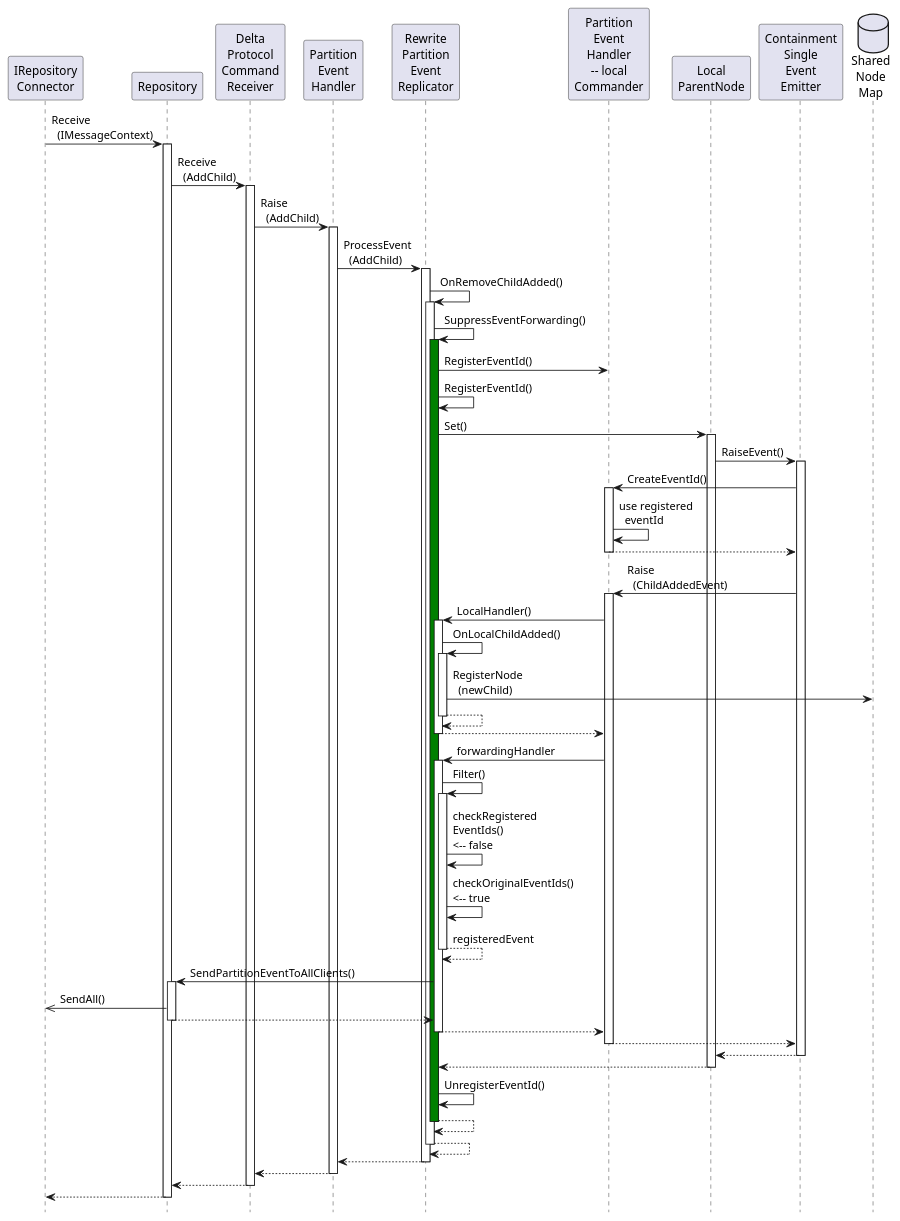
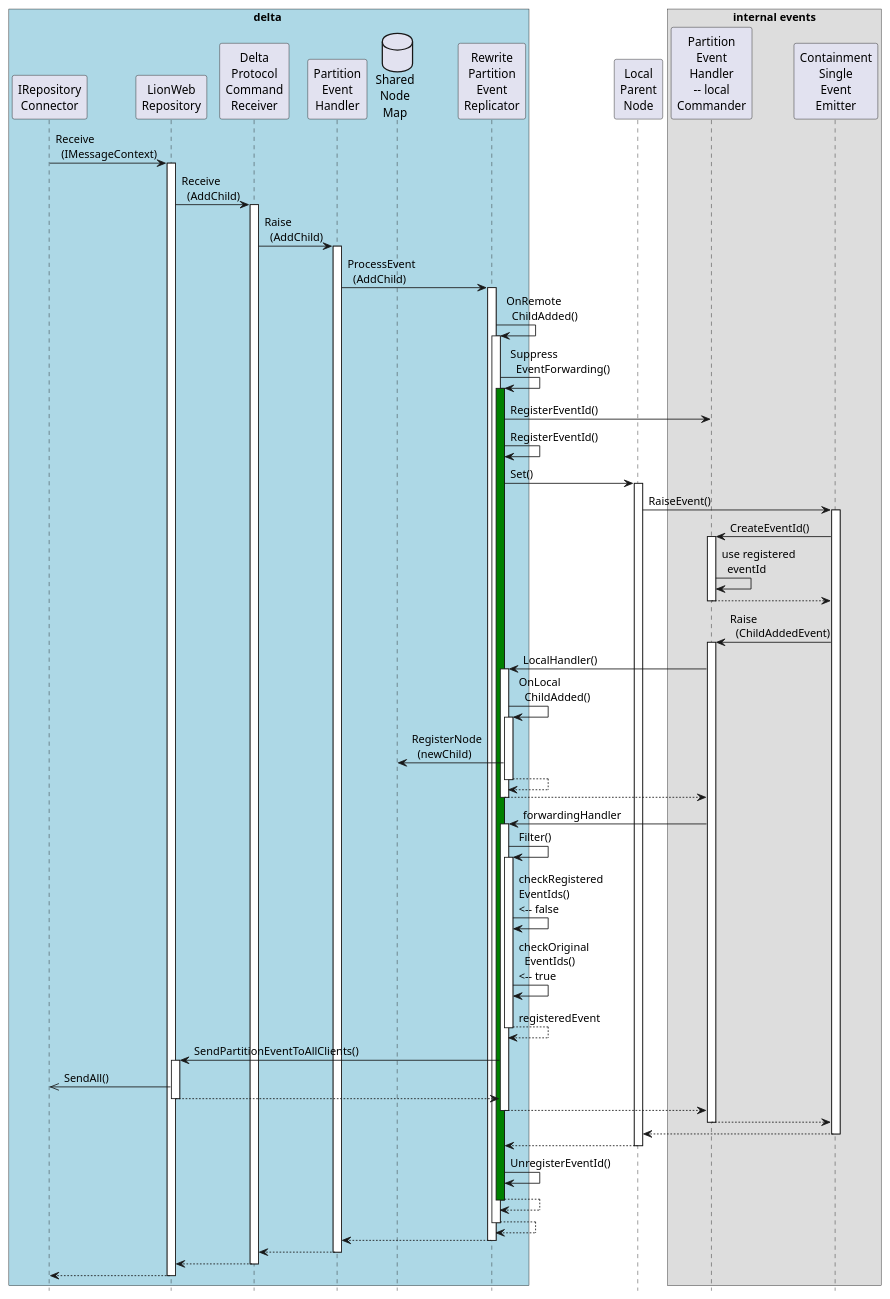
One commit to LionWeb-io/lionweb-csharp changed the diagram in docs/repository-receive-command.puml. Above: the diagram before and after it, drawn with PlantUML. The commit also changed 2 other files, not shown here.

```diff
--- a/docs/repository-receive-command.puml
+++ b/docs/repository-receive-command.puml
@@ -1,55 +1,61 @@
 @startuml
 hide footbox
 
-participant "IRepository\nConnector" as connector
-participant "Repository" as repo
-participant "Delta\nProtocol\nCommand\nReceiver" as receiver
-participant "Partition\nEvent\nHandler" as partitionEventHandler
-participant "Rewrite\nPartition\nEvent\nReplicator" as replicator
-participant "Partition\nEvent\nHandler\n-- local\nCommander" as localCommander
-participant "Local\nParentNode" as localParent
-participant "Containment\nSingle\nEvent\nEmitter" as emitter
-database "Shared\nNode\nMap" as sharedNodeMap
+box delta #lightblue
+    participant "IRepository\nConnector" as connector
+    participant "LionWeb\nRepository" as repo
+    participant "Delta\nProtocol\nCommand\nReceiver" as receiver
+    participant "Partition\nEvent\nHandler" as partitionEventHandler
+    database "Shared\nNode\nMap" as sharedNodeMap
+    participant "Rewrite\nPartition\nEvent\nReplicator" as replicator
+end box
+
+participant "Local\nParent\nNode" as localParent
+
+box internal events
+    participant "Partition\nEvent\nHandler\n-- local\nCommander" as localCommander
+    participant "Containment\nSingle\nEvent\nEmitter" as emitter
+end box
 
 connector -> repo ++: Receive\n  (IMessageContext)
     repo -> receiver ++: Receive\n  (AddChild)
         receiver -> partitionEventHandler ++: Raise\n  (AddChild)
             partitionEventHandler -> replicator ++: ProcessEvent\n  (AddChild)
-                replicator -> replicator ++: OnRemoveChildAdded()
-                    replicator -> replicator ++  #green: SuppressEventForwarding()
+                replicator -> replicator ++: OnRemote\n  ChildAdded()
+                    replicator -> replicator ++ #green: Suppress\n  EventForwarding()
                         replicator -> localCommander: RegisterEventId()
                         replicator -> replicator: RegisterEventId()
                         replicator -> localParent ++: Set()
                             localParent -> emitter ++: RaiseEvent()
                                 emitter -> localCommander ++: CreateEventId()
                                     localCommander -> localCommander: use registered\n  eventId
                                 return
                                 emitter -> localCommander ++: Raise\n  (ChildAddedEvent)
                                     localCommander -> replicator ++: LocalHandler()
-                                        replicator -> replicator ++: OnLocalChildAdded()
+                                        replicator -> replicator ++: OnLocal\n  ChildAdded()
                                             replicator -> sharedNodeMap: RegisterNode\n  (newChild)
                                               ' receiver: OnPartitionAdded()
                                         return
                                     return
                                     localCommander -> replicator ++: forwardingHandler
                                         replicator -> replicator ++: Filter()
                                             replicator -> replicator: checkRegistered\nEventIds()\n<-- false
-                                            replicator -> replicator: checkOriginalEventIds()\n<-- true
+                                            replicator -> replicator: checkOriginal\n  EventIds()\n<-- true
                                         return registeredEvent
                                         replicator -> repo ++: SendPartitionEventToAllClients()
                                             repo ->> connector: SendAll()
                                         return
                                     return
                                 return
                             return
                         return
                         replicator -> replicator: UnregisterEventId()
                     return
                 return
             return
         return
     return
 return
 
 
 @enduml
```
